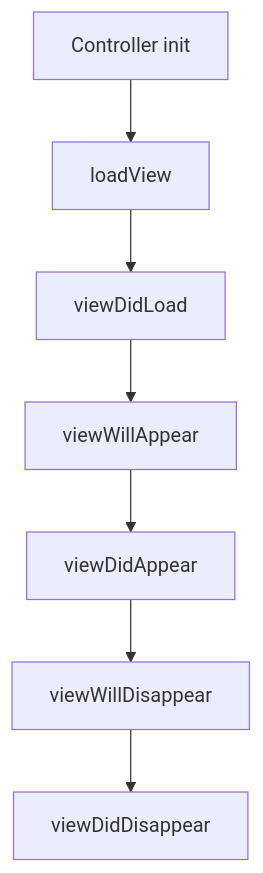
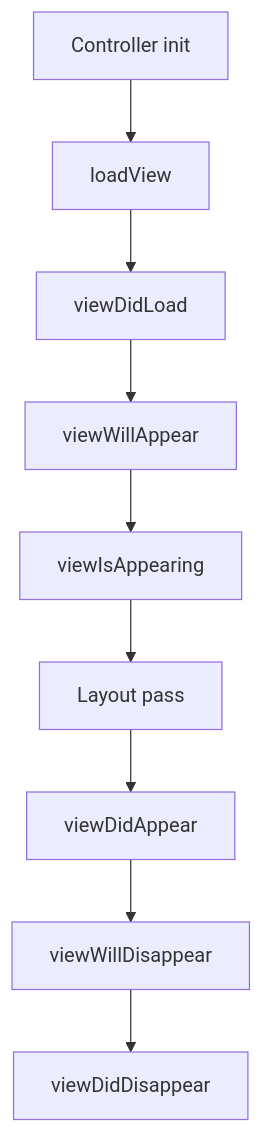
One commit to melancholygaze13/preparation-kit changed the diagram in docs/uikit/view-controller-lifecycle-and-containment/view-loading-appearance-and-disappearance/theory.md. Above: the diagram before and after it, drawn with Mermaid. The commit also changed other lines of this file and 202 other files, not shown here.

````diff
--- a/docs/uikit/view-controller-lifecycle-and-containment/view-loading-appearance-and-disappearance/theory.md
+++ b/docs/uikit/view-controller-lifecycle-and-containment/view-loading-appearance-and-disappearance/theory.md
@@ -24,9 +24,11 @@
 ```mermaid
 flowchart TD
     Init["Controller init"] --> LoadView["loadView"]
     LoadView --> DidLoad["viewDidLoad"]
     DidLoad --> WillAppear["viewWillAppear"]
-    WillAppear --> DidAppear["viewDidAppear"]
+    WillAppear --> IsAppearing["viewIsAppearing"]
+    IsAppearing --> Layout["Layout pass"]
+    Layout --> DidAppear["viewDidAppear"]
     DidAppear --> WillDisappear["viewWillDisappear"]
     WillDisappear --> DidDisappear["viewDidDisappear"]
 ```
````
